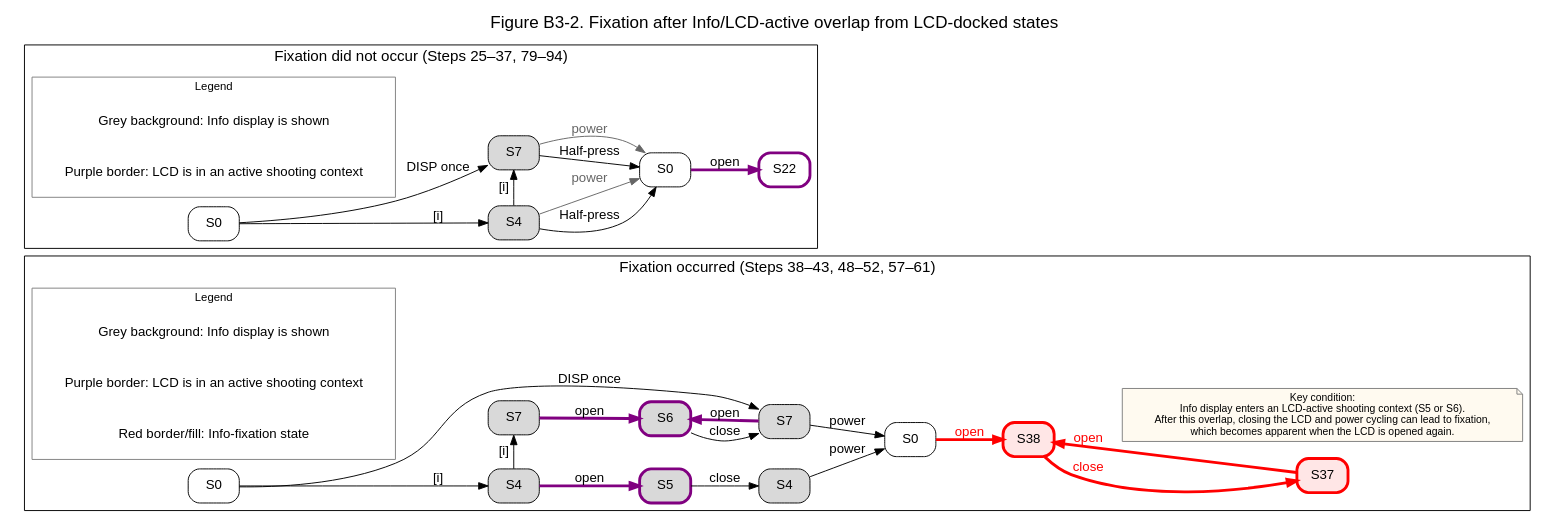
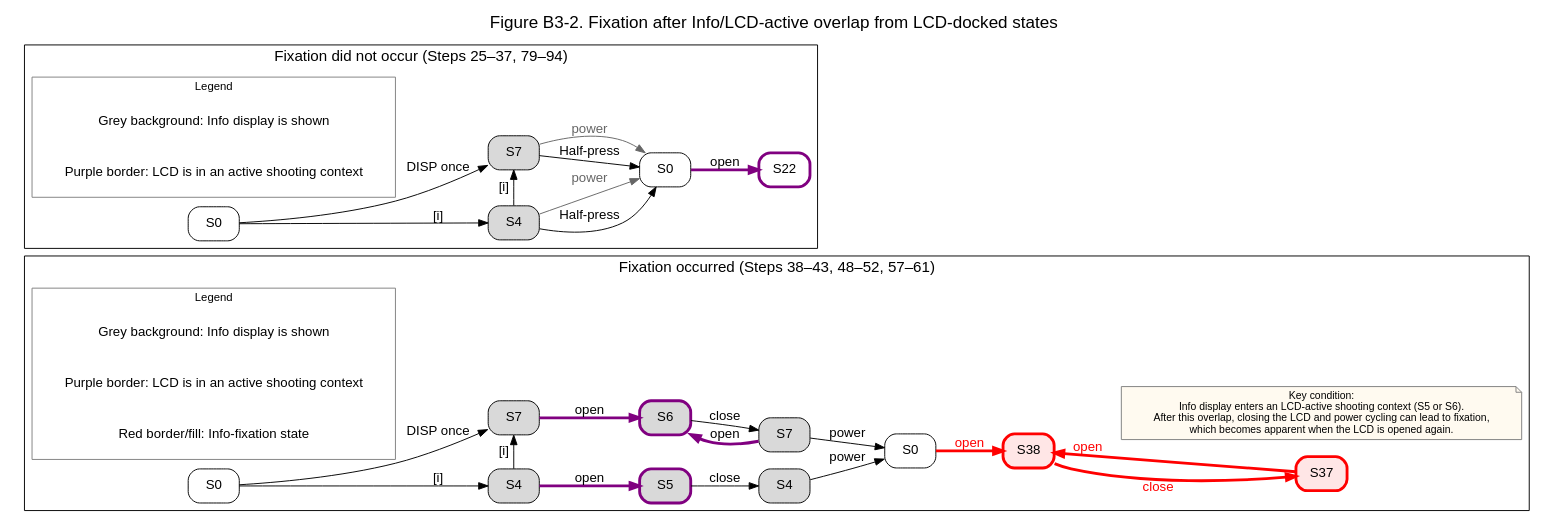
One commit to acta-lgtm/nikon-z-display5-persistence-case-zf changed the diagram in figures/Case_B3_Figure2.dot. Above: the diagram before and after it, drawn with Graphviz. The commit also changed 1 other file, not shown here.

```diff
--- a/figures/Case_B3_Figure2.dot
+++ b/figures/Case_B3_Figure2.dot
@@ -1,175 +1,175 @@
 digraph Case_B3_Figure2 {
   rankdir=LR;
   compound=true;
   newrank=true;
 
   graph [
     fontname="Helvetica",
     labelloc="t",
     fontsize=18,
     label="Figure B3-2. Fixation after Info/LCD-active overlap from LCD-docked states"
   ];
 
   node [
     shape=box,
     style="rounded,filled",
     fontname="Helvetica",
     fillcolor="white",
     color="black"
   ];
 
   edge [
     fontname="Helvetica"
   ];
   // --------------------------------------------------
   // Bottom: Fixation occurred
   // --------------------------------------------------
   subgraph cluster_bottom {
     label="Fixation occurred (Steps 38–43, 48–52, 57–61)";
     fontsize=16;
     color="black";
 
     b_S0      [label="S0"];
     b_S4      [label="S4", fillcolor="#d9d9d9"];
     b_S7      [label="S7", fillcolor="#d9d9d9"];
 
     // Key overlap states: Info remains visible while LCD becomes shooting-active
     b_S5      [label="S5", color="purple", fillcolor="#d9d9d9", penwidth=3.0];
     b_S6      [label="S6", color="purple", fillcolor="#d9d9d9", penwidth=3.0];
 
     b_backS4  [label="S4", fillcolor="#d9d9d9"];
     b_backS7  [label="S7", fillcolor="#d9d9d9"];
     b_post0   [label="S0"];
 
     b_S38     [label="S38", color="red", fillcolor="#ffe6e6", penwidth=3.0];
     b_S37     [label="S37", color="red", fillcolor="#ffe6e6", penwidth=3.0];
 
     {rank=same; b_S4; b_S7;}
     {rank=same; b_S5; b_S6;}
     {rank=same; b_backS4; b_backS7;}
 
     // Route 1: [i] -> [i] -> open  => S6
     b_S0 -> b_S4 [label="[i]"];
     b_S4 -> b_S7 [label="[i]"];
     b_S7 -> b_S6 [label="open", color="purple", penwidth=3.0];
 
     // Route 2: [i] -> open => S5
     b_S4 -> b_S5 [label="open", color="purple", penwidth=3.0];
 
     // Route 3: DISP once -> open => S6
-    b_S0 -> b_backS7 [label="DISP once"];
+    b_S0 -> b_S7 [label="DISP once"];
     b_backS7 -> b_S6 [label="open", color="purple", penwidth=3.0];
 
     // Close after the overlap states
     b_S5 -> b_backS4 [label="close"];
     b_S6 -> b_backS7 [label="close"];
 
     // Power cycle after the overlap condition
     b_backS4 -> b_post0 [label="power"];
     b_backS7 -> b_post0 [label="power"];
 
     // Fixation becomes visible when LCD is opened again
     b_post0 -> b_S38 [label="open", color="red", fontcolor="red", penwidth=3.0];
 
     // Fixed open/closed pair
-    b_S38 -> b_S37 [label="close", color="red", fontcolor="red", penwidth=3.0];
+    b_S38 -> b_S37 [xlabel="close", color="red", fontcolor="red", penwidth=3.0];
     b_S37 -> b_S38 [label="open", color="red", fontcolor="red", penwidth=3.0];
 
     // Note
     b_note [
       label="Key condition:\nInfo display enters an LCD-active shooting context (S5 or S6).\nAfter this overlap, closing the LCD and power cycling can lead to fixation,\nwhich becomes apparent when the LCD is opened again.",
       shape=note,
       style="filled",
       fillcolor="#fffaf0",
       color="gray50",
       fontname="Helvetica",
       fontsize=11
     ];
 
     b_S38 -> b_note [style=invis];
 
     // Legend
     subgraph cluster_legend_bottom {
       label="Legend";
       fontsize=12;
       color="gray";
 
       key_info_bottom [
         label="Grey background: Info display is shown",
         shape=plaintext
       ];
 
       key_LCD_bottom [
         label="Purple border: LCD is in an active shooting context",
         shape=plaintext
       ];
 
       key_fixed_bottom [
         label="Red border/fill: Info-fixation state",
         shape=plaintext
       ];
     }
   }
   // --------------------------------------------------
   // Top: Fixation did not occur
   // --------------------------------------------------
   subgraph cluster_top {
     label="Fixation did not occur (Steps 25–37, 79–94)";
     fontsize=16;
     color="black";
 
     t_S0    [label="S0"];
     t_S4    [label="S4", fillcolor="#d9d9d9"];
     t_S7    [label="S7", fillcolor="#d9d9d9"];
     t_post0 [label="S0"];
     t_S22   [label="S22", color="purple", penwidth=3.0];
 
     {rank=same; t_S4; t_S7;}
 
     // i-button route
     t_S0 -> t_S4 [label="[i]"];
     t_S4 -> t_S7 [label="[i]"];
 
     // DISP-once route
     t_S0 -> t_S7 [label="DISP once"];
 
     // Half-press clears the non-DP5 Info states
     t_S4 -> t_post0 [label="Half-press"];
     t_S7 -> t_post0 [label="Half-press"];
 
     // Power cycle before LCD-active overlap does not cause fixation
     t_S4 -> t_post0 [label="power", color="gray40", fontcolor="gray40"];
     t_S7 -> t_post0 [label="power", color="gray40", fontcolor="gray40"];
 
     // Reopening after such a power cycle leads to normal LCD-active shooting state
     t_post0 -> t_S22 [label="open", color="purple", penwidth=3.0];
 
     // Legend
     subgraph cluster_legend_top {
       label="Legend";
       fontsize=12;
       color="gray";
 
       key_info_top [
         label="Grey background: Info display is shown",
         shape=plaintext
       ];
 
       key_LCD_top [
         label="Purple border: LCD is in an active shooting context",
         shape=plaintext
       ];
     }
   }
 
 
 
   // --------------------------------------------------
   // Alignment between clusters
   // --------------------------------------------------
   {rank=same; t_S0; b_S0;}
   {rank=same; t_S4; b_S4;}
   {rank=same; t_S7; b_S7;}
 
   t_S0 -> b_S0 [style=invis, weight=10];
 }
```
